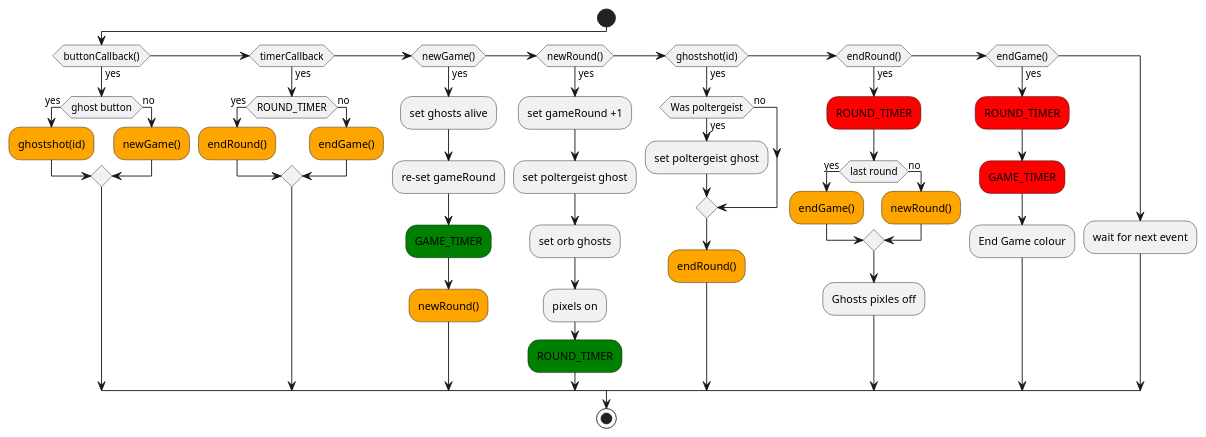
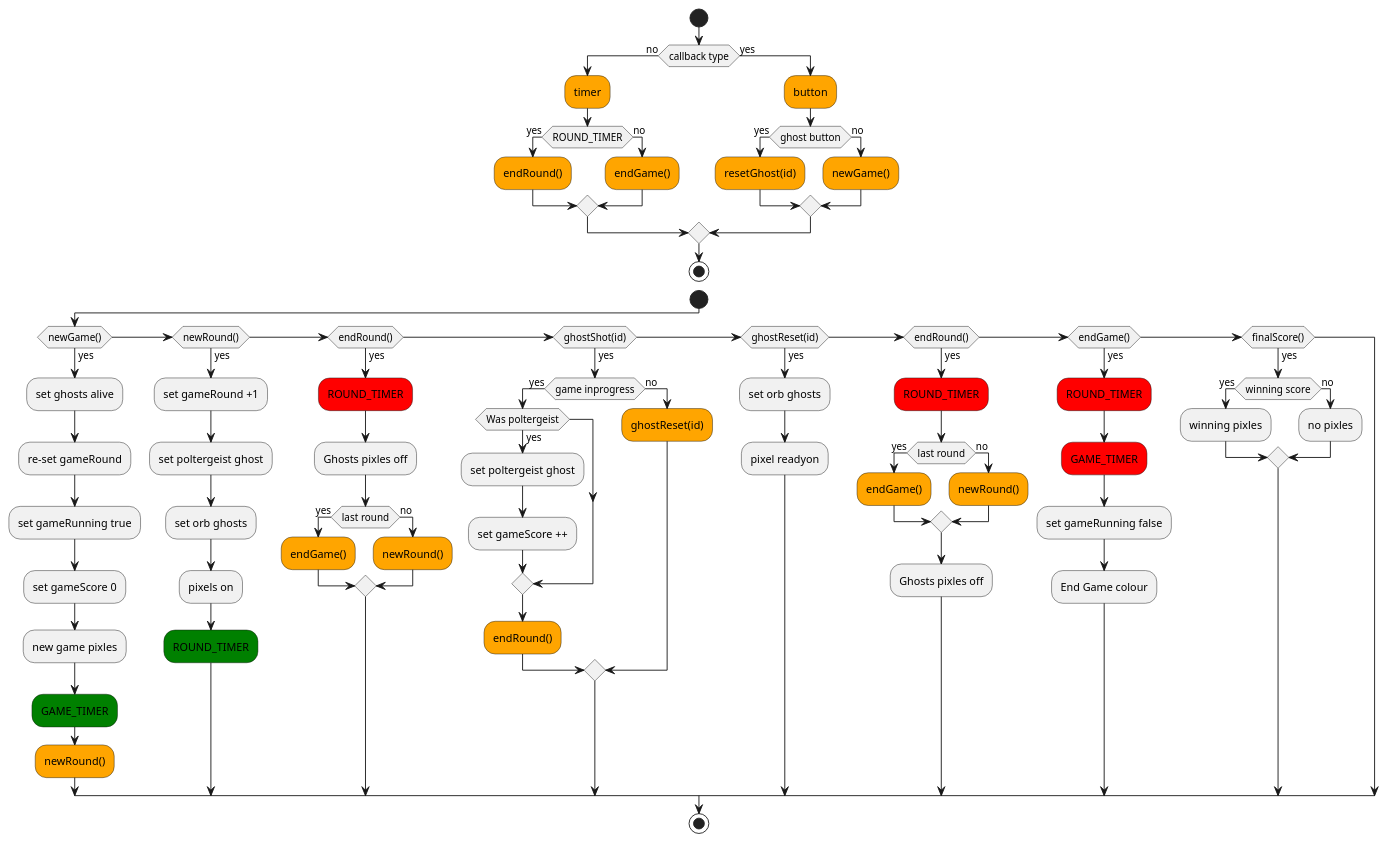
Before and after one commit to chrisjoyce911/halloween-ghostfire: the diagram in flow.puml, drawn with PlantUML. The commit also changed 1 other file, not shown here.

Commit message:
Added game win

```diff
--- a/flow.puml
+++ b/flow.puml
@@ -1,57 +1,90 @@
-@startuml Game flow
+@startuml ghostfire
+
+
 
 start
-if (buttonCallback()) then (yes)
-  if (ghost button) then (yes)
-    #Orange:ghostshot(id);
-  else (no)
-    #Orange:newGame();
-  endif
 
-elseif (timerCallback) then (yes)
+if (callback type) then (no)
+  #Orange:timer;
   if (ROUND_TIMER) then (yes)
     #Orange:endRound();
   else (no)
     #Orange:endGame();
   endif
+  else (yes)
+  #Orange:button;
+  if (ghost button) then (yes)
+ #Orange:resetGhost(id);
+  else (no)
+  #Orange:newGame();
+  endif
+endif
+stop
 
-elseif (newGame()) then (yes)
+
+start
+if (newGame()) then (yes)
   :set ghosts alive;
   :re-set gameRound;
+  :set gameRunning true;
+  :set gameScore 0;
+  :new game pixles;
   #Green:GAME_TIMER;
   #Orange:newRound();
 
 elseif (newRound()) then (yes)
   :set gameRound +1;
   :set poltergeist ghost;
   :set orb ghosts;
   :pixels on;
   #Green:ROUND_TIMER;
 
-elseif (ghostshot(id)) then (yes)
-    if (Was poltergeist) then (yes)
-    :set poltergeist ghost;
+elseif (endRound()) then (yes)
+  #Red:ROUND_TIMER;
+  :Ghosts pixles off;
+  if (last round) then (yes)
+    #Orange:endGame();
   else (no)
+    #Orange:newRound();
+  endif
 
-  endif
-#Orange:endRound();
+elseif (ghostShot(id)) then (yes)
+    if (game inprogress) then (yes)
+      if (Was poltergeist) then (yes)
+        :set poltergeist ghost;
+        :set gameScore ++;
+      endif
+    #Orange:endRound();
+    else (no)
+      #Orange:ghostReset(id);
+    endif
+
+elseif (ghostReset(id)) then (yes)
+    :set orb ghosts;
+    :pixel readyon;
 
 elseif (endRound()) then (yes)
   #Red:ROUND_TIMER;
   if (last round) then (yes)
     #Orange:endGame();
   else (no)
     #Orange:newRound();
   endif
   :Ghosts pixles off;
 
 elseif (endGame()) then (yes)
   #Red:ROUND_TIMER;
   #Red:GAME_TIMER;
+  :set gameRunning false;
   :End Game colour;
 
-else
-  :wait for next event;
+elseif (finalScore()) then (yes)
+  if (winning score) then (yes)
+    :winning pixles;
+  else (no)
+    :no pixles;
+  endif
+
 endif
 stop
 @enduml
```
